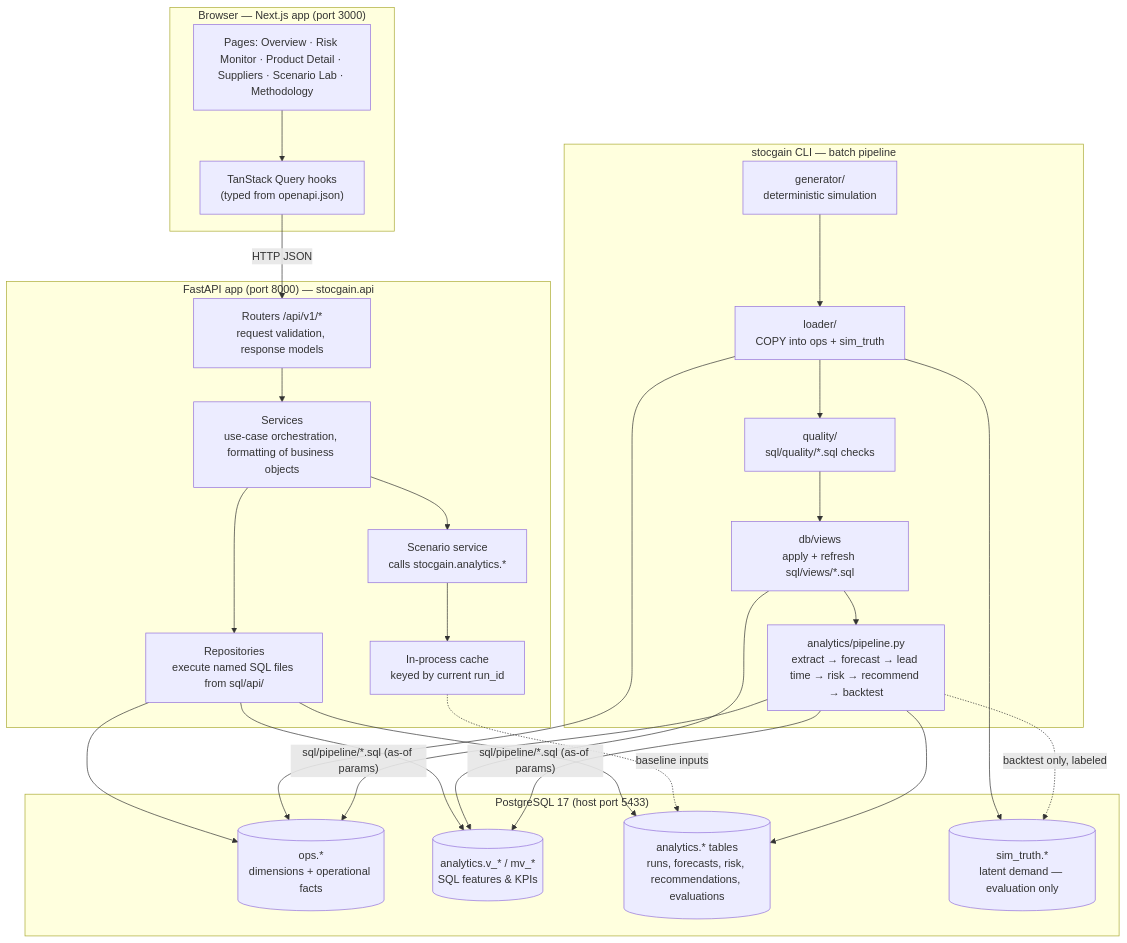
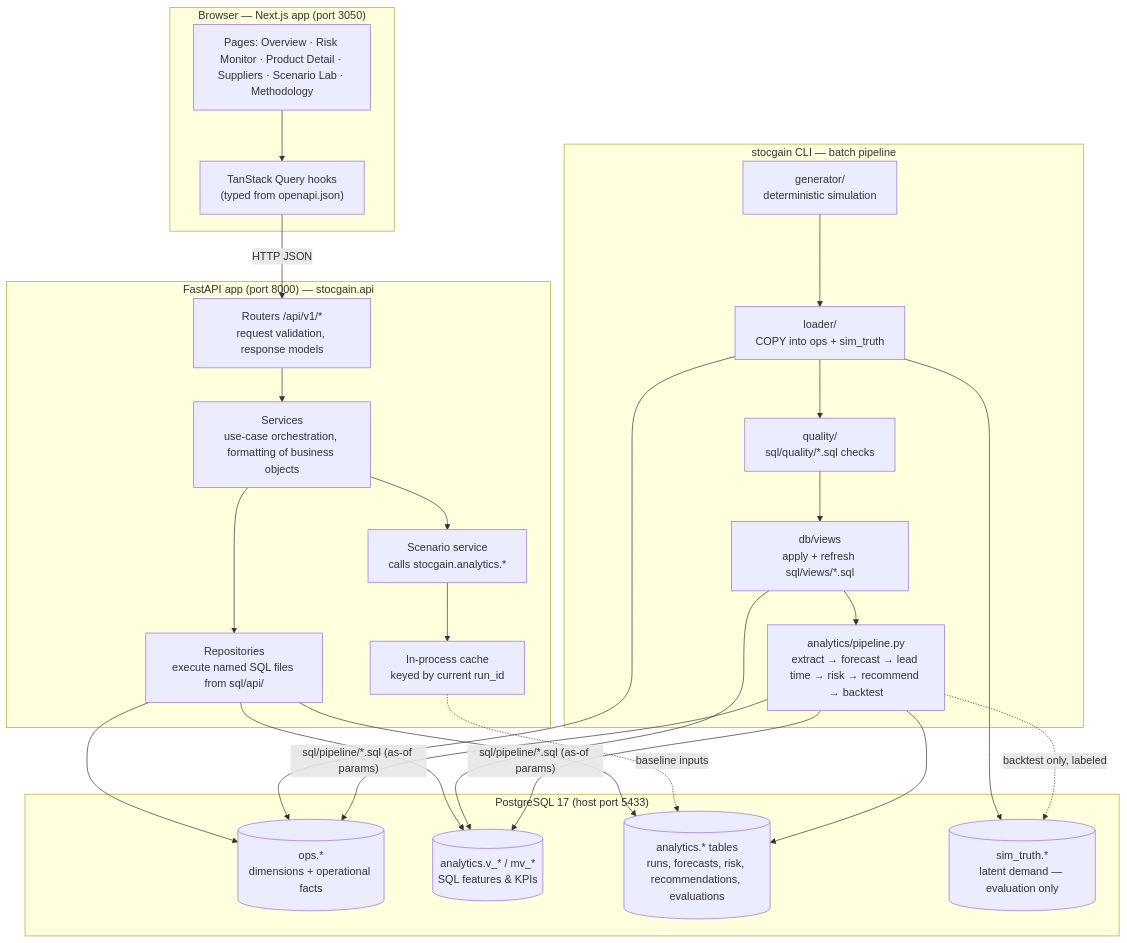
The first of 2 diagrams in docs/02_TECHNICAL_ARCHITECTURE.md (joeus1813/stocgain), drawn with Mermaid before and after one commit. The commit also changed other lines of this file and 11 other files, not shown here.

````diff
--- a/docs/02_TECHNICAL_ARCHITECTURE.md
+++ b/docs/02_TECHNICAL_ARCHITECTURE.md
@@ -61,43 +61,43 @@
 ```mermaid
 flowchart TB
-    subgraph Browser["Browser — Next.js app (port 3000)"]
+    subgraph Browser["Browser — Next.js app (port 3050)"]
         Pages["Pages: Overview · Risk Monitor · Product Detail · Suppliers · Scenario Lab · Methodology"]
         RQ["TanStack Query hooks<br/>(typed from openapi.json)"]
         Pages --> RQ
     end
 
     subgraph API["FastAPI app (port 8000) — stocgain.api"]
         R["Routers /api/v1/*<br/>request validation, response models"]
         S["Services<br/>use-case orchestration, formatting of business objects"]
         Repo["Repositories<br/>execute named SQL files from sql/api/"]
         Scen["Scenario service<br/>calls stocgain.analytics.*"]
         Cache["In-process cache<br/>keyed by current run_id"]
         R --> S --> Repo
         S --> Scen --> Cache
     end
 
     subgraph CLI["stocgain CLI — batch pipeline"]
         Gen["generator/<br/>deterministic simulation"]
         Load["loader/<br/>COPY into ops + sim_truth"]
         DQ["quality/<br/>sql/quality/*.sql checks"]
         Views["db/views<br/>apply + refresh sql/views/*.sql"]
         Pipe["analytics/pipeline.py<br/>extract → forecast → lead time → risk → recommend → backtest"]
         Gen --> Load --> DQ --> Views --> Pipe
     end
 
     subgraph PG["PostgreSQL 17 (host port 5433)"]
         OPS[("ops.*<br/>dimensions + operational facts")]
         ANV[("analytics.v_* / mv_*<br/>SQL features & KPIs")]
         ANT[("analytics.* tables<br/>runs, forecasts, risk, recommendations, evaluations")]
         SIM[("sim_truth.*<br/>latent demand — evaluation only")]
     end
 
     RQ -- "HTTP JSON" --> R
     Repo --> ANV & ANT & OPS
     Cache -. "baseline inputs" .-> ANT
     Load --> OPS & SIM
     Views --> ANV
     Pipe -- "sql/pipeline/*.sql (as-of params)" --> ANV & OPS
     Pipe --> ANT
     Pipe -. "backtest only, labeled" .-> SIM
 ```
````
